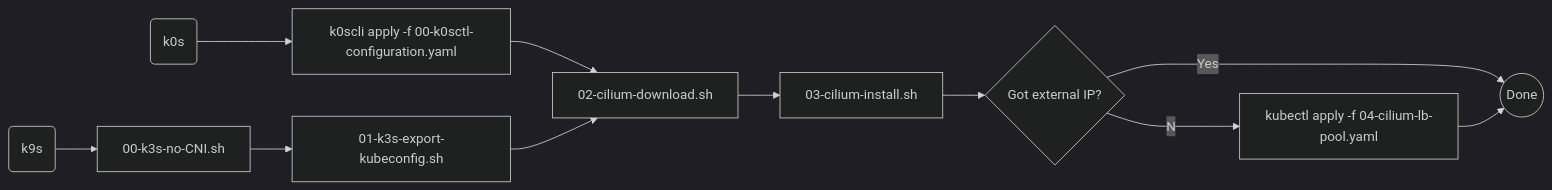
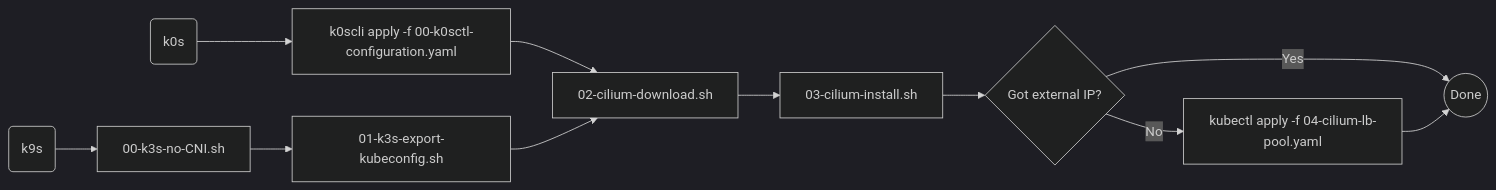
Before and after one commit to manfredbjorlin/kubernetes-setup: the diagram in README.md, drawn with Mermaid (dark theme).

Commit message:
Minor change in mermaid

````diff
--- a/README.md
+++ b/README.md
@@ -35,23 +35,23 @@
 ```mermaid
 flowchart LR
 A(k0s)
 B[k0scli apply -f 00-k0sctl-configuration.yaml]
 A-->B
 C(k9s)
 D[00-k3s-no-CNI.sh]
 C-->D
 E[01-k3s-export-kubeconfig.sh]
 D-->E
 F[02-cilium-download.sh]
 B-->F
 E-->F
 G[03-cilium-install.sh]
 F-->G
 G-->H
 H{Got external IP?}
 I[kubectl apply -f 04-cilium-lb-pool.yaml]
 J((Done))
-H--No-->I
-H--Yes-->J
+H-->|No|I
+H-->|Yes|J
 I-->J
 ```
````
